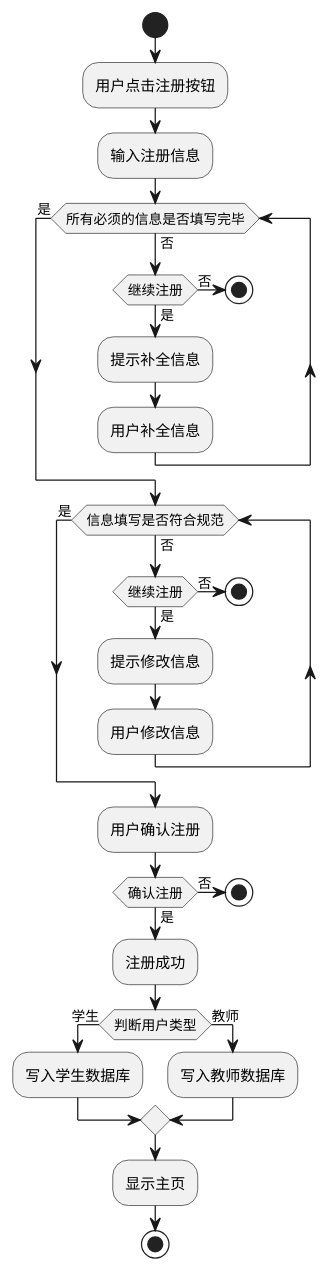
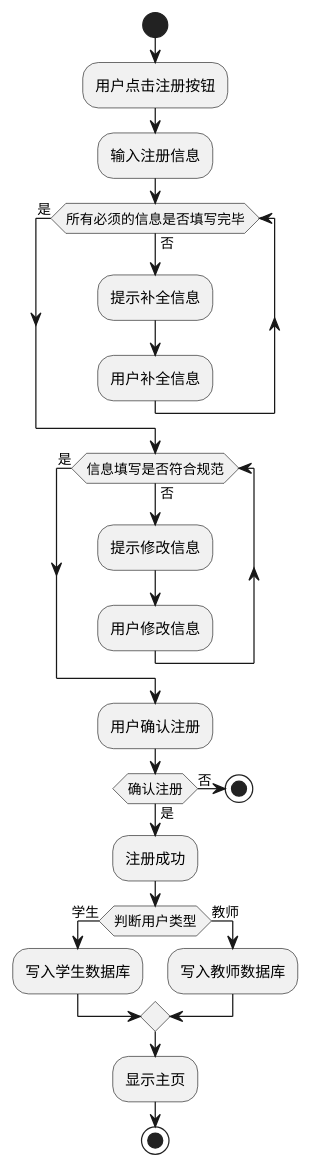
Before and after one commit to befallenStar/program-management: the diagram in signup.wsd, drawn with PlantUML.

Commit message:
forget commit

```diff
--- a/signup.wsd
+++ b/signup.wsd
@@ -1,34 +1,26 @@
 @startuml
 start
 :用户点击注册按钮;
 :输入注册信息;
 while(所有必须的信息是否填写完毕) is (否)
-	if(继续注册) then(是)
-    :提示补全信息;
-	:用户补全信息;
-	else(否)
-	stop
-	endif
+:提示补全信息;
+:用户补全信息;
 endwhile(是)
 while(信息填写是否符合规范) is (否)
-	if(继续注册) then(是)
-	:提示修改信息;
-	:用户修改信息;
-	else(否)
-	stop
-	endif
+:提示修改信息;
+:用户修改信息;
 endwhile(是)
 :用户确认注册;
 if(确认注册) then(是)
-    :注册成功;
-	if(判断用户类型) then(学生)
-    :写入学生数据库;
-	else(教师)
-	:写入教师数据库;
-	endif
-	:显示主页;
-	stop
+:注册成功;
+if(判断用户类型) then(学生)
+:写入学生数据库;
+else(教师)
+:写入教师数据库;
+endif
+:显示主页;
+stop
 else(否)
 stop
 endif
 @enduml
```
